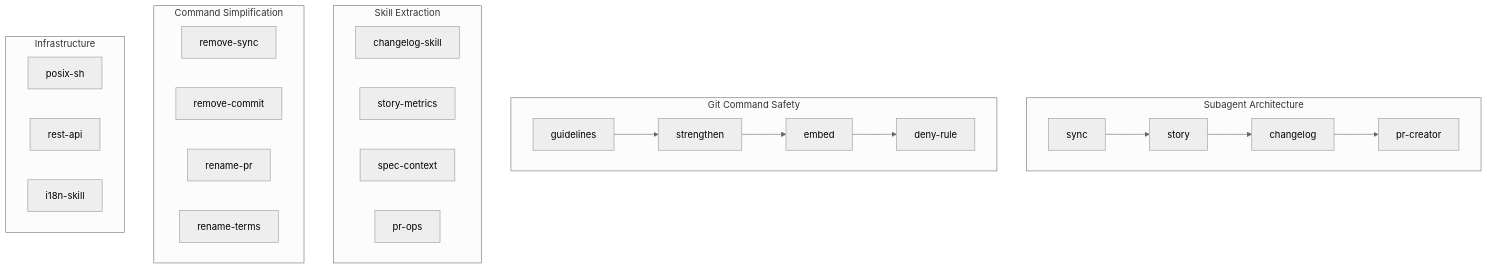
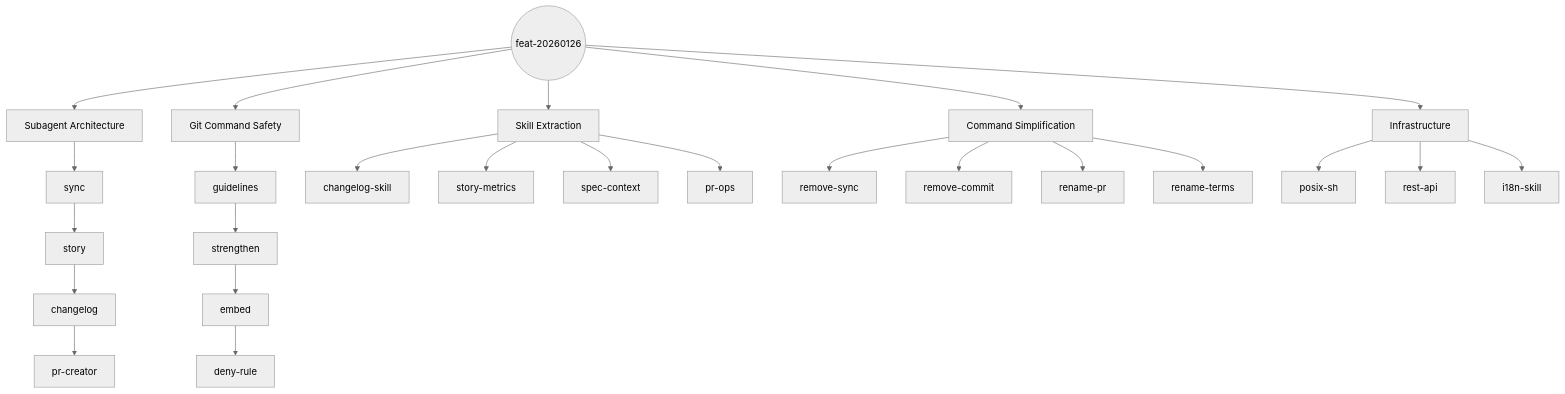
Before and after one commit to qmu/workaholic: the diagram in .workaholic/stories/feat-20260126-214833.md, drawn with Mermaid (neutral theme).

Commit message:
Fix topic tree flowchart with root node

````diff
--- a/.workaholic/stories/feat-20260126-214833.md
+++ b/.workaholic/stories/feat-20260126-214833.md
@@ -15,18 +15,24 @@
 ```mermaid
 flowchart TD
-  subgraph Subagents[Subagent Architecture]
-    sync --> story --> changelog --> pr-creator
-  end
-  subgraph GitSafety[Git Command Safety]
-    guidelines --> strengthen --> embed --> deny-rule
-  end
-  subgraph Skills[Skill Extraction]
-    changelog-skill & story-metrics & spec-context & pr-ops
-  end
-  subgraph Commands[Command Simplification]
-    remove-sync & remove-commit & rename-pr & rename-terms
-  end
-  subgraph Infra[Infrastructure]
-    posix-sh & rest-api & i18n-skill
-  end
+  root((feat-20260126))
+  root --> Subagents
+  root --> GitSafety
+  root --> Skills
+  root --> Commands
+  root --> Infra
+
+  Subagents[Subagent Architecture]
+  Subagents --> sync --> story --> changelog --> pr-creator
+
+  GitSafety[Git Command Safety]
+  GitSafety --> guidelines --> strengthen --> embed --> deny-rule
+
+  Skills[Skill Extraction]
+  Skills --> changelog-skill & story-metrics & spec-context & pr-ops
+
+  Commands[Command Simplification]
+  Commands --> remove-sync & remove-commit & rename-pr & rename-terms
+
+  Infra[Infrastructure]
+  Infra --> posix-sh & rest-api & i18n-skill
 ```
````
